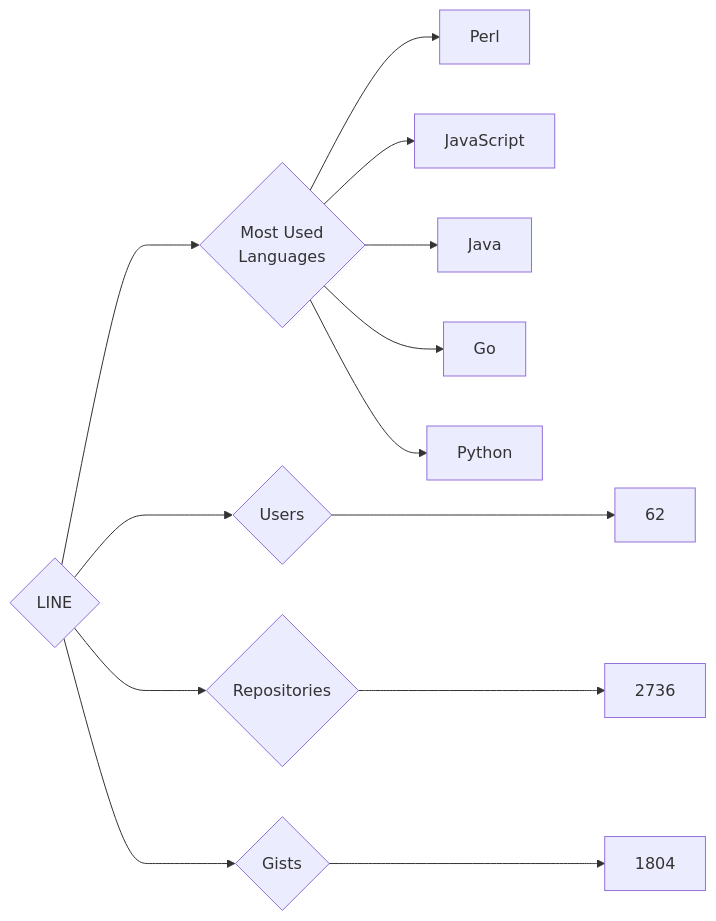
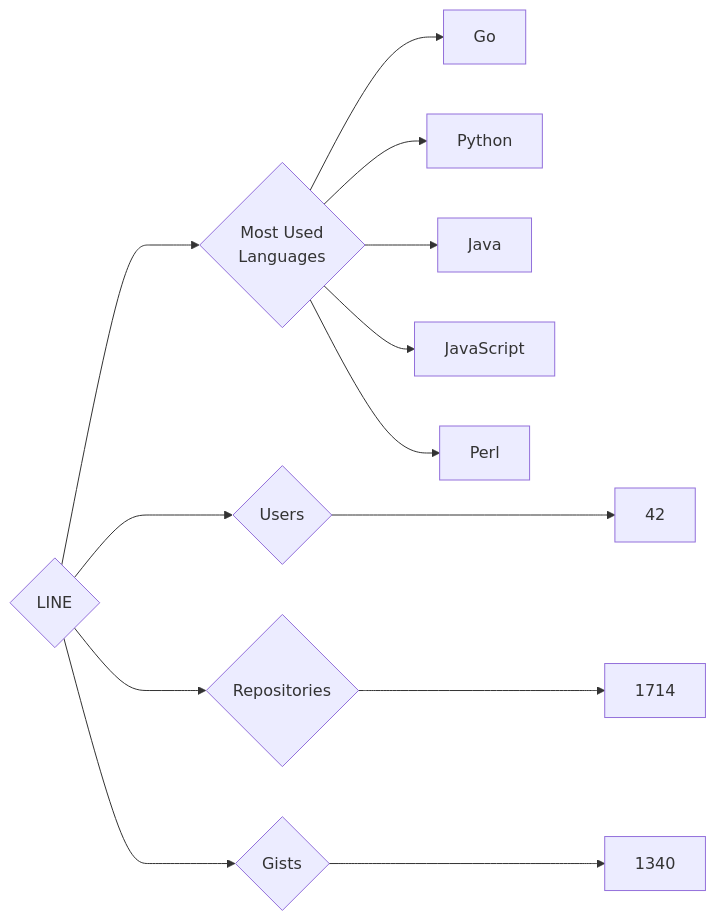
Before and after one commit to trickest/insiders: the diagram in targets/LINE/README.md, drawn with Mermaid. The commit also changed 1508 other files, not shown here.

````diff
--- a/targets/LINE/README.md
+++ b/targets/LINE/README.md
@@ -3,13 +3,13 @@
 ```mermaid
 graph LR
 COMPANY_NAME{LINE}
-COMPANY_NAME ---> U{Users} ---> UN[62]
-COMPANY_NAME ---> R{Repositories} ---> RN[2736]
-COMPANY_NAME ---> G{Gists} ---> GN[1804]
+COMPANY_NAME ---> U{Users} ---> UN[42]
+COMPANY_NAME ---> R{Repositories} ---> RN[1714]
+COMPANY_NAME ---> G{Gists} ---> GN[1340]
 COMPANY_NAME ---> ML{Most Used<br>Languages}
-ML --> Perl[Perl]
-ML --> JavaScript[JavaScript]
-ML --> Java[Java]
 ML --> Go[Go]
 ML --> Python[Python]
+ML --> Java[Java]
+ML --> JavaScript[JavaScript]
+ML --> Perl[Perl]
 ```
````
